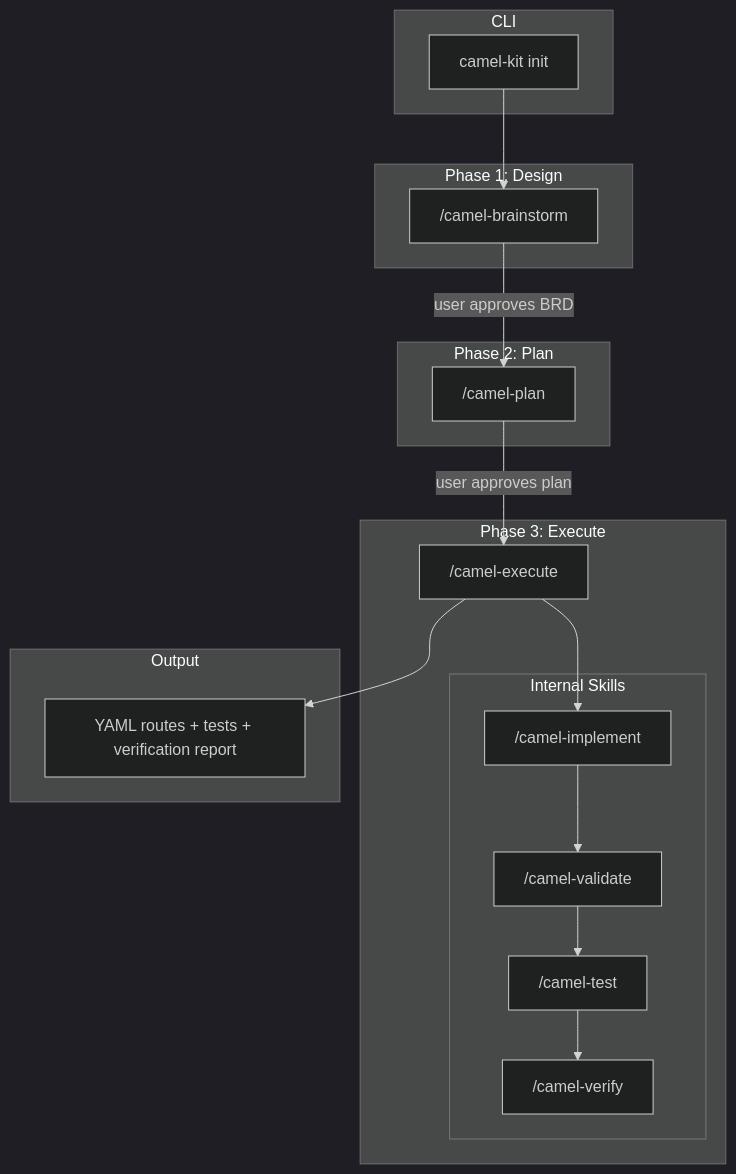
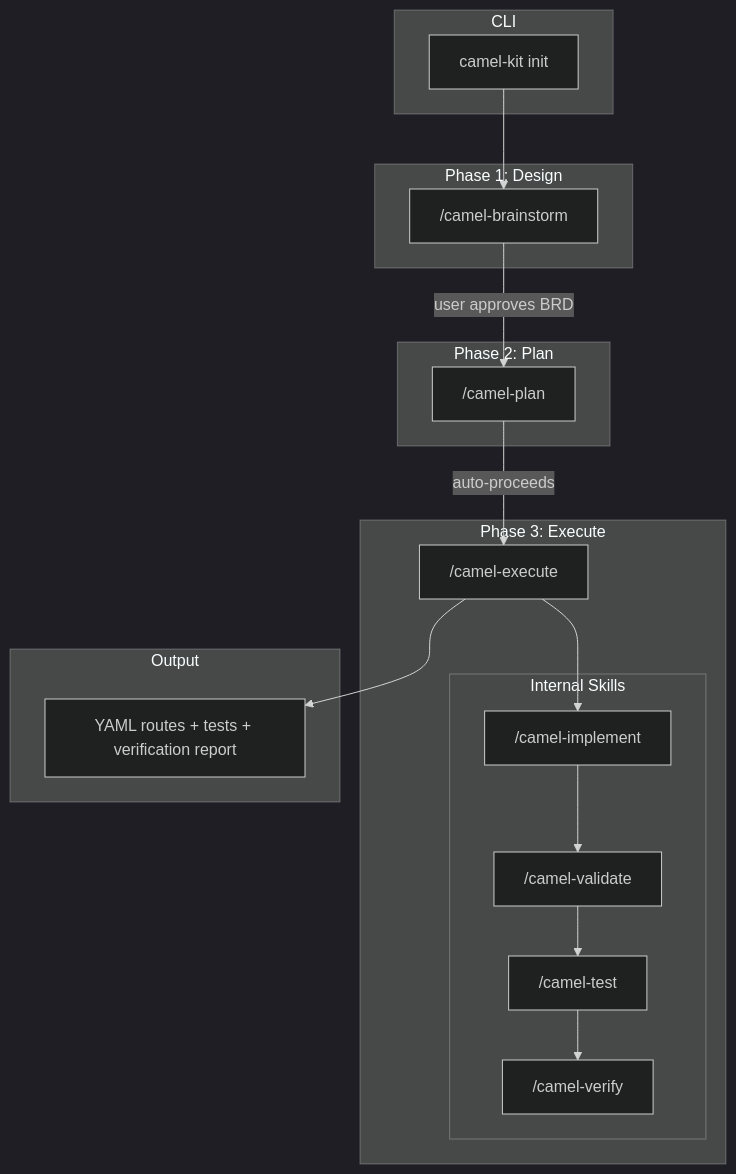
One commit to luigidemasi/camel-kit changed the third of 3 diagrams in docs/user-guide.md. Above: the diagram before and after it, drawn with Mermaid (dark theme). The commit also changed other lines of this file and 2 other files, not shown here.

````diff
--- a/docs/user-guide.md
+++ b/docs/user-guide.md
@@ -204,30 +204,30 @@
 ```mermaid
 flowchart TB
     subgraph CLI
         A["camel-kit init"]
     end
     subgraph "Phase 1: Design"
         B["/camel-brainstorm"]
     end
     subgraph "Phase 2: Plan"
         C["/camel-plan"]
     end
     subgraph "Phase 3: Execute"
         D["/camel-execute"]
         subgraph "Internal Skills"
             I["/camel-implement"]
             V["/camel-validate"]
             T["/camel-test"]
             R["/camel-verify"]
         end
     end
     subgraph Output
         E["YAML routes + tests + verification report"]
     end
 
     A --> B
     B -->|"user approves BRD"| C
-    C -->|"user approves plan"| D
+    C -->|"auto-proceeds"| D
     D --> I --> V --> T --> R
     D --> E
 ```
````
